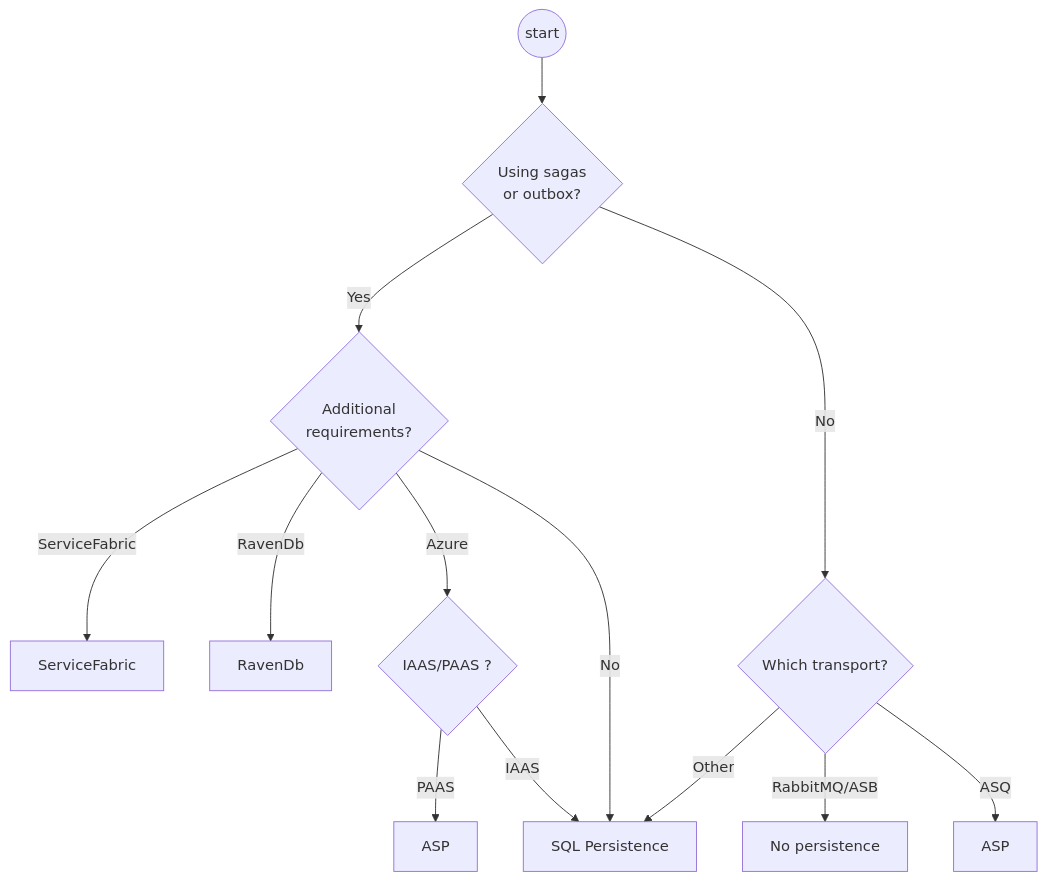
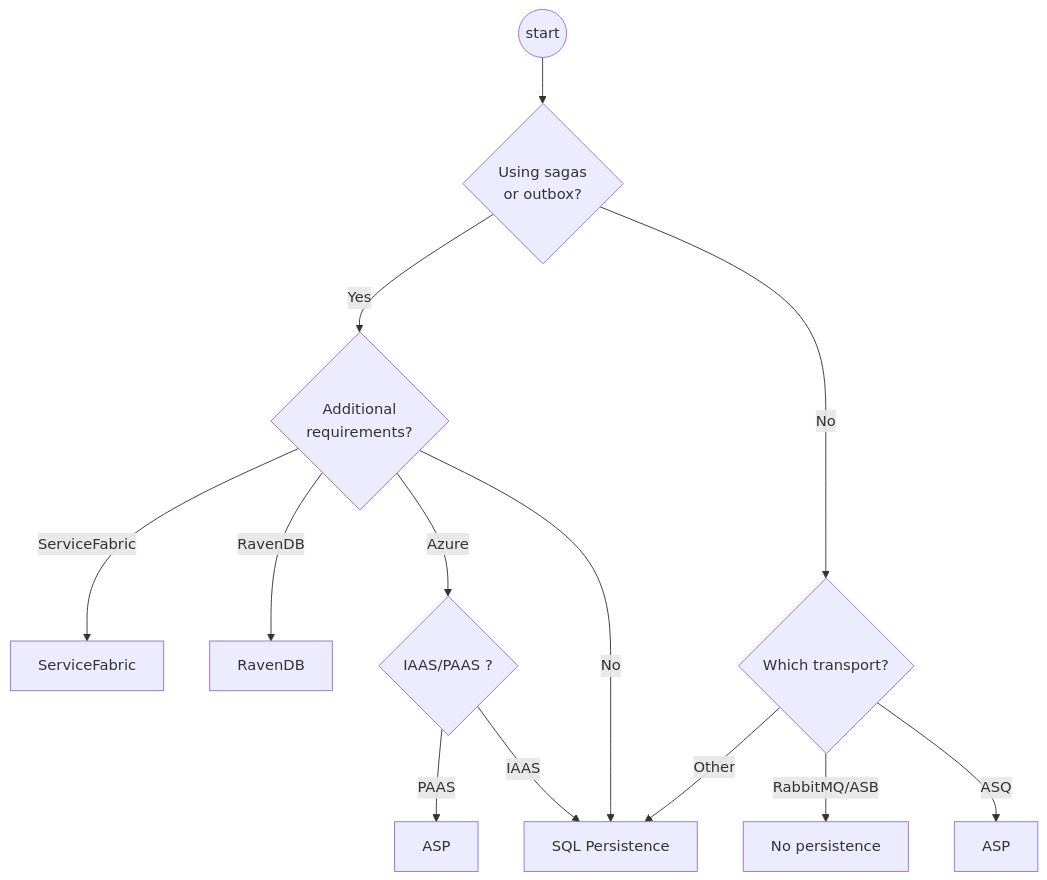
One commit to Particular/docs.particular.net changed the diagram in persistence/selecting.md. Above: the diagram before and after it, drawn with Mermaid. The commit also changed other lines of this file, not shown here.

````diff
--- a/persistence/selecting.md
+++ b/persistence/selecting.md
@@ -27,15 +27,15 @@
 ```mermaid
 graph TD
 start((start)) --> A{Using sagas<br /> or outbox?}
 A -->  |Yes|B{Additional<br />requirements?}
 A --> |No| I{Which transport?}
 I --> |Other|L[SQL Persistence]
 I --> |RabbitMQ/ASB|J[No persistence]
 I --> |ASQ|K[ASP]
 B --> |ServiceFabric|C[ServiceFabric]
-B --> |RavenDb|E[RavenDb]
+B --> |RavenDB|E[RavenDB]
 B --> |Azure|Q{IAAS/PAAS ?}
 B --> |No|L
 Q --> |PAAS|S[ASP]
 Q --> |IAAS|L
 ```
````
